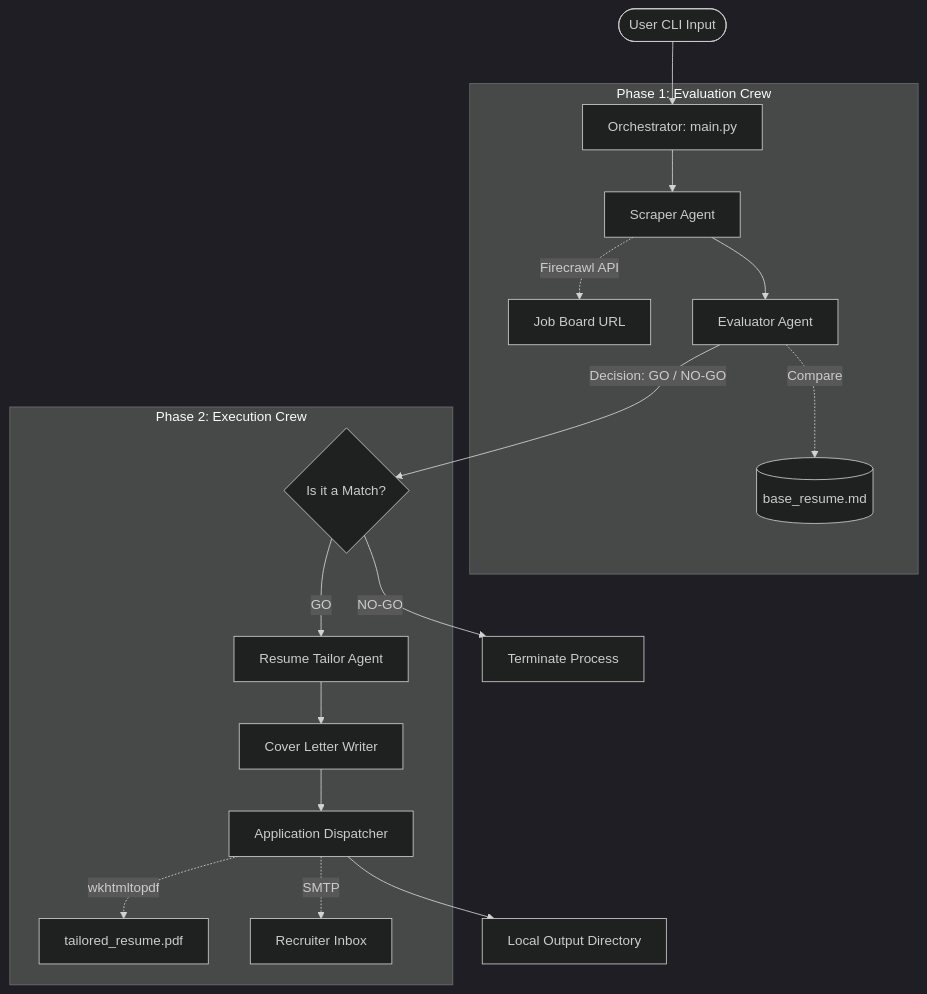
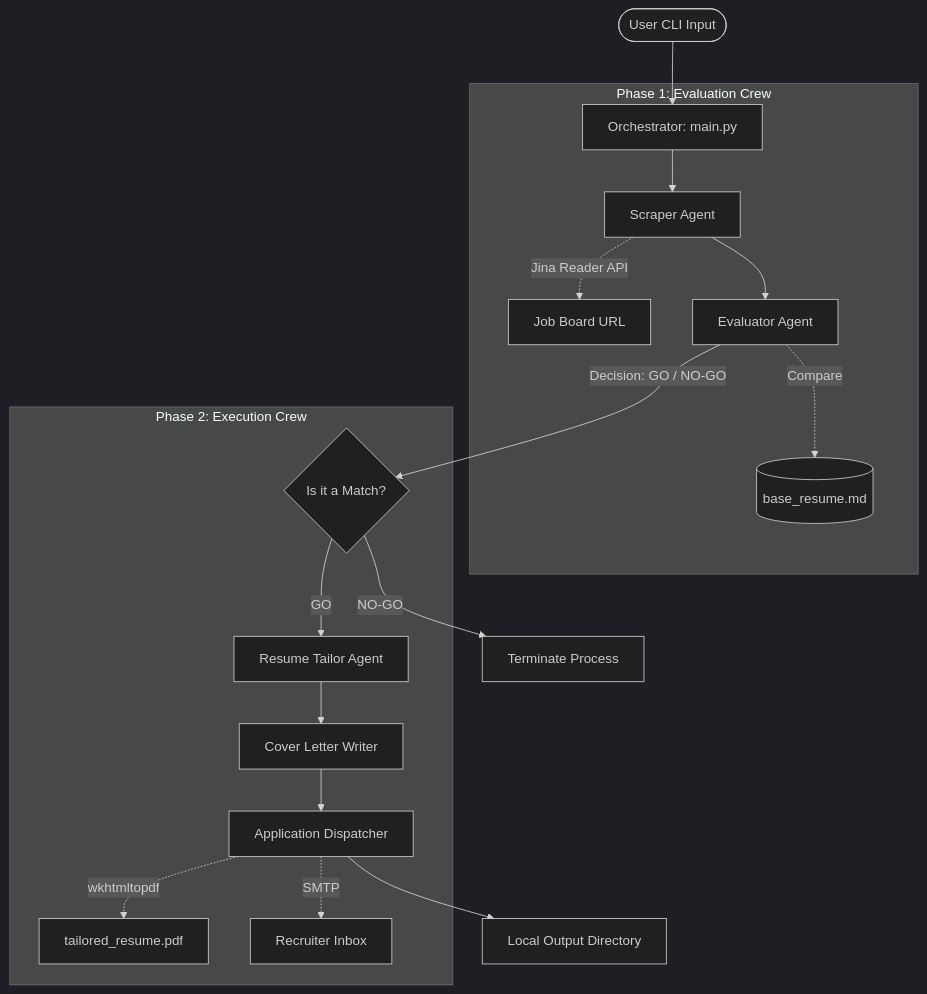
Before and after one commit to vikastiwari/multi-agent-job-apply-eu: the diagram in docs/ARCHITECTURE.md, drawn with Mermaid (dark theme). The commit also changed other lines of this file and 4 other files, not shown here.

````diff
--- a/docs/ARCHITECTURE.md
+++ b/docs/ARCHITECTURE.md
@@ -9,25 +9,25 @@
 ```mermaid
 graph TD;
     User([User CLI Input]) --> Main[Orchestrator: main.py]
     
     subgraph Phase 1: Evaluation Crew
         Main --> Scraper[Scraper Agent]
-        Scraper -.->|Firecrawl API| Website[Job Board URL]
+        Scraper -.->|Jina Reader API| Website[Job Board URL]
         Scraper --> Evaluator[Evaluator Agent]
         Evaluator -.->|Compare| BaseResume[(base_resume.md)]
     end
     
     Evaluator -->|Decision: GO / NO-GO| Check{Is it a Match?}
     Check -->|NO-GO| Abort[Terminate Process]
     
     subgraph Phase 2: Execution Crew
         Check -->|GO| Tailor[Resume Tailor Agent]
         Tailor --> Writer[Cover Letter Writer]
         Writer --> Executor[Application Dispatcher]
         
         Executor -.->|wkhtmltopdf| PDF[tailored_resume.pdf]
         Executor -.->|SMTP| Email[Recruiter Inbox]
     end
     
     Executor --> OutputDir[Local Output Directory]
 ```
````
